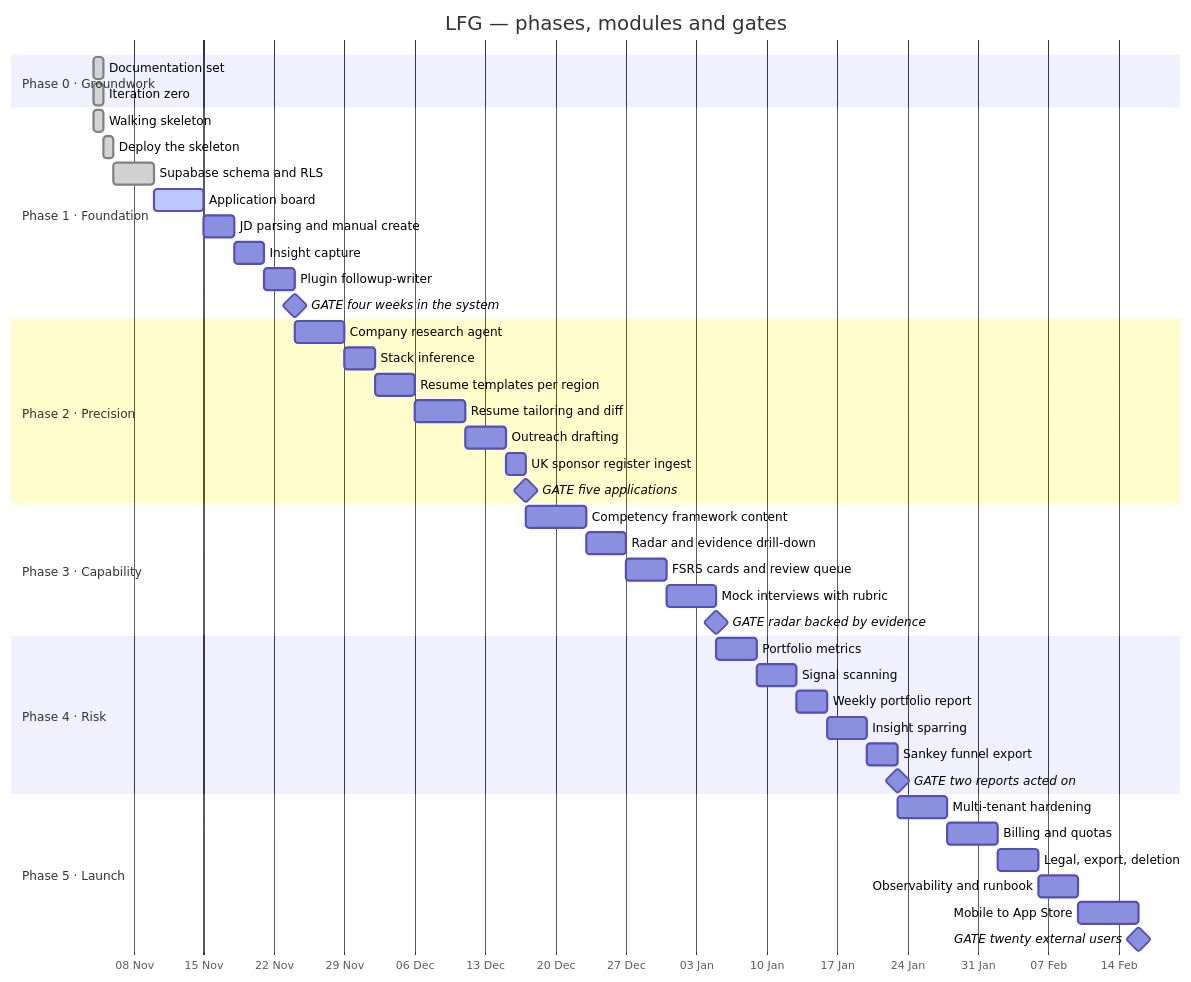
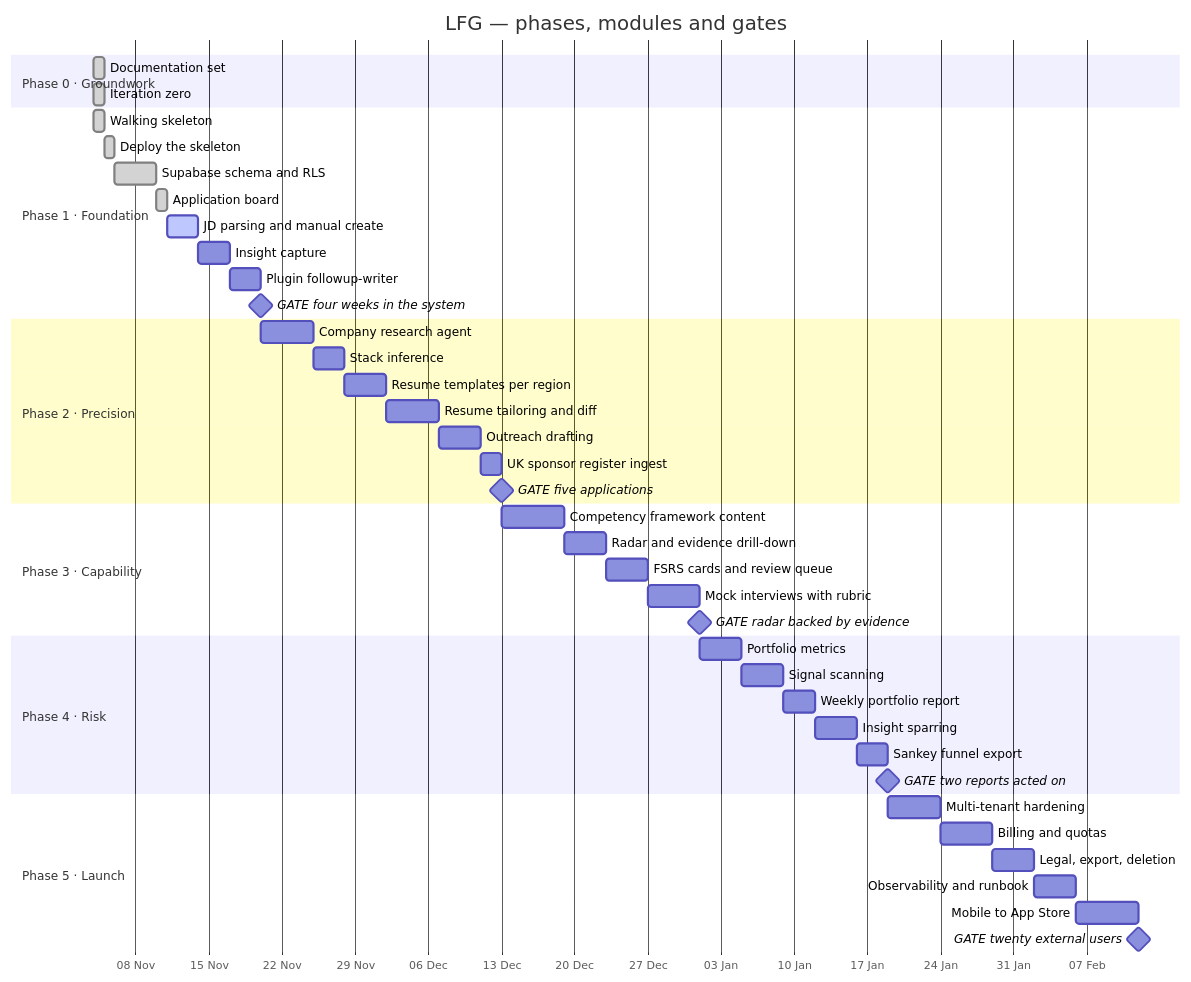
The diagram in docs/progress.md (menomemo/LFG), drawn with Mermaid before and after one commit. The commit also changed other lines of this file and 5 other files, not shown here.

First line of the commit message:
docs(docs): mark the application board shipped

````diff
--- a/docs/progress.md
+++ b/docs/progress.md
@@ -33,53 +33,53 @@
 ```mermaid
 gantt
   title LFG — phases, modules and gates
   dateFormat YYYY-MM-DD
   axisFormat %d %b
   todayMarker stroke-width:3px,stroke:#d33,opacity:0.5
 
   section Phase 0 · Groundwork
   Documentation set            :done,  d0, 2026-11-04, 1d
   Iteration zero               :done,  d1, 2026-11-04, 1d
 
   section Phase 1 · Foundation
   Walking skeleton             :done,   p1a, 2026-11-04, 1d
   Deploy the skeleton          :done,   p1a2, after p1a, 1d
   Supabase schema and RLS      :done,   p1b, after p1a2, 4d
-  Application board            :active, p1c, after p1b, 5d
-  JD parsing and manual create :        p1d, after p1c, 3d
+  Application board            :done,   p1c, after p1b, 1d
+  JD parsing and manual create :active, p1d, after p1c, 3d
   Insight capture              :        p1e, after p1d, 3d
   Plugin followup-writer       :        p1f, after p1e, 3d
   GATE four weeks in the system :milestone, g1, after p1f, 0d
 
   section Phase 2 · Precision
   Company research agent       :        p2a, after g1, 5d
   Stack inference              :        p2b, after p2a, 3d
   Resume templates per region  :        p2c, after p2b, 4d
   Resume tailoring and diff    :        p2d, after p2c, 5d
   Outreach drafting            :        p2e, after p2d, 4d
   UK sponsor register ingest   :        p2f, after p2e, 2d
   GATE five applications       :milestone, g2, after p2f, 0d
 
   section Phase 3 · Capability
   Competency framework content :        p3a, after g2, 6d
   Radar and evidence drill-down :       p3b, after p3a, 4d
   FSRS cards and review queue  :        p3c, after p3b, 4d
   Mock interviews with rubric  :        p3d, after p3c, 5d
   GATE radar backed by evidence :milestone, g3, after p3d, 0d
 
   section Phase 4 · Risk
   Portfolio metrics            :        p4a, after g3, 4d
   Signal scanning              :        p4b, after p4a, 4d
   Weekly portfolio report      :        p4c, after p4b, 3d
   Insight sparring             :        p4d, after p4c, 4d
   Sankey funnel export         :        p4e, after p4d, 3d
   GATE two reports acted on    :milestone, g4, after p4e, 0d
 
   section Phase 5 · Launch
   Multi-tenant hardening       :        p5a, after g4, 5d
   Billing and quotas           :        p5b, after p5a, 5d
   Legal, export, deletion      :        p5c, after p5b, 4d
   Observability and runbook    :        p5d, after p5c, 4d
   Mobile to App Store          :        p5e, after p5d, 6d
   GATE twenty external users   :milestone, g5, after p5e, 0d
 ```
````
